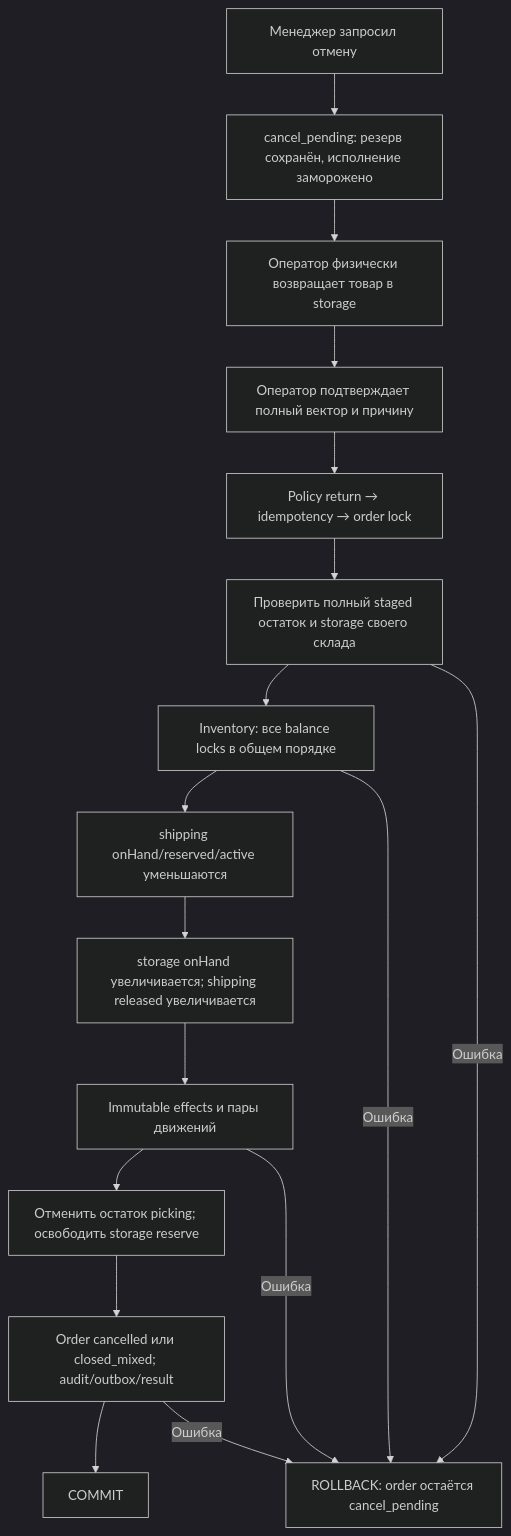
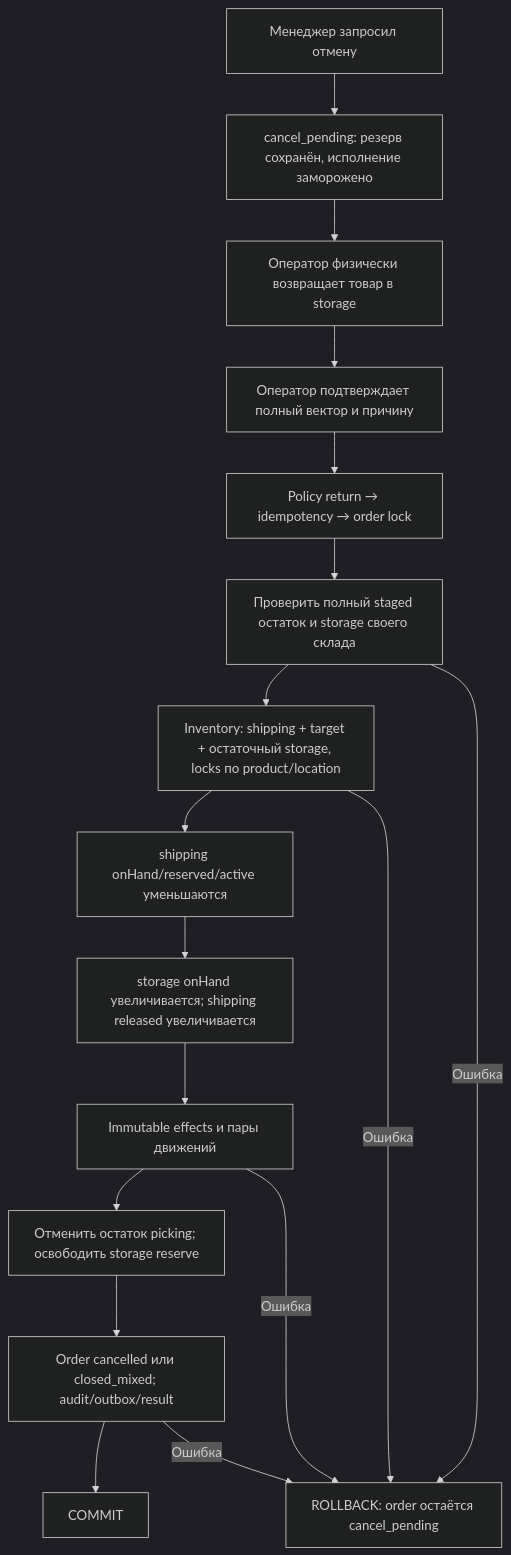
One commit to alekseishmidko/warehouse-control changed the fourth of 5 diagrams in docs/flows/shipping.md. Above: the diagram before and after it, drawn with Mermaid (dark theme). The commit also changed other lines of this file and 73 other files, not shown here.

````diff
--- a/docs/flows/shipping.md
+++ b/docs/flows/shipping.md
@@ -108,19 +108,19 @@
 ```mermaid
 flowchart TD
   A[Менеджер запросил отмену] --> B[cancel_pending: резерв сохранён, исполнение заморожено]
   B --> C[Оператор физически возвращает товар в storage]
   C --> D[Оператор подтверждает полный вектор и причину]
   D --> E[Policy return → idempotency → order lock]
   E --> F[Проверить полный staged остаток и storage своего склада]
-  F --> G[Inventory: все balance locks в общем порядке]
+  F --> G[Inventory: shipping + target + остаточный storage, locks по product/location]
   G --> H[shipping onHand/reserved/active уменьшаются]
   H --> I[storage onHand увеличивается; shipping released увеличивается]
   I --> J[Immutable effects и пары движений]
   J --> K[Отменить остаток picking; освободить storage reserve]
   K --> L[Order cancelled или closed_mixed; audit/outbox/result]
   L --> M[COMMIT]
   F -->|Ошибка| R[ROLLBACK: order остаётся cancel_pending]
   G -->|Ошибка| R
   J -->|Ошибка| R
   L -->|Ошибка| R
 ```
````
